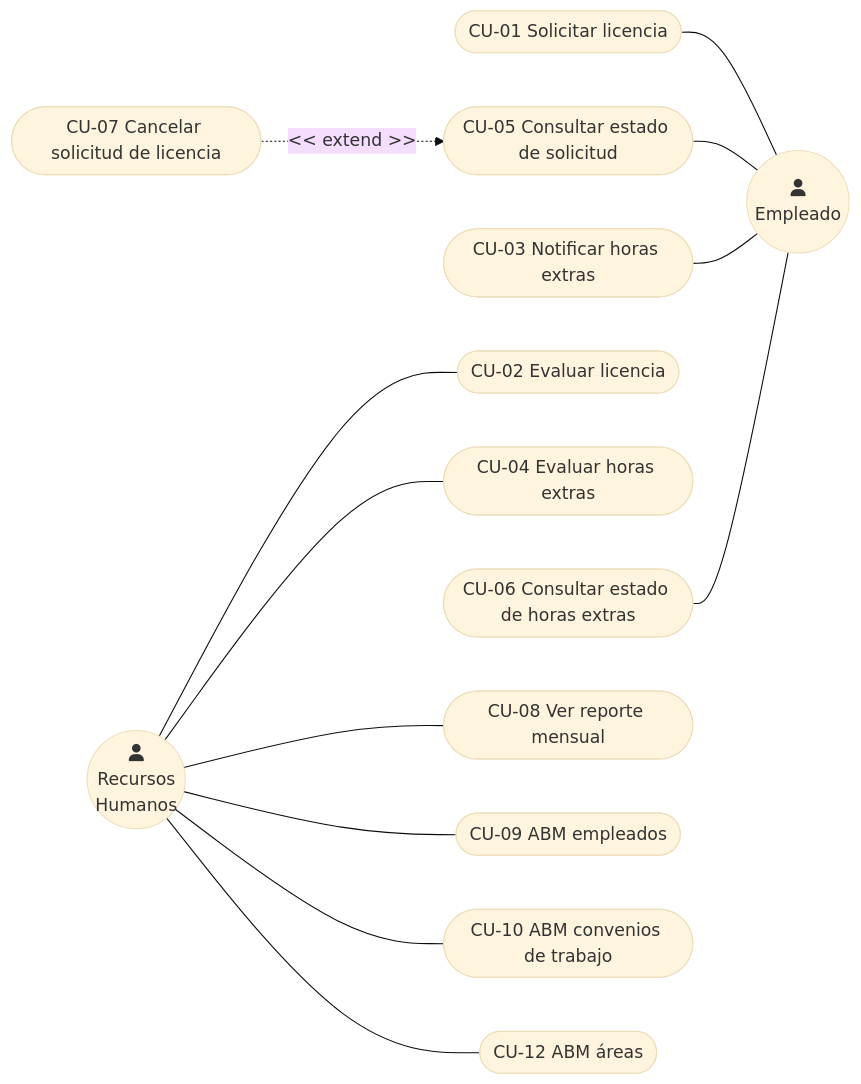
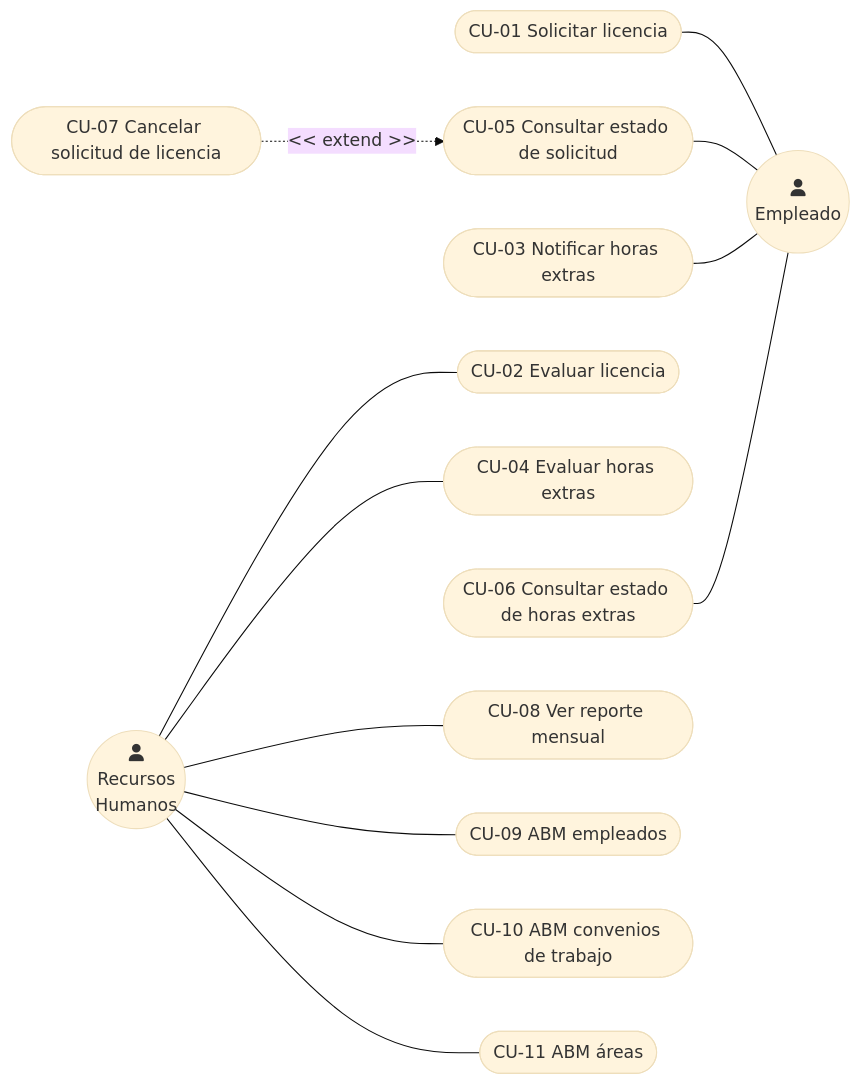
One commit to martinstanicio/humanresourcesdelta changed the diagram in docs/casos-de-uso.md. Above: the diagram before and after it, drawn with Mermaid (base theme). The commit also changed other lines of this file, not shown here.

Commit message:
Actualizar casos-de-uso.md

````diff
--- a/docs/casos-de-uso.md
+++ b/docs/casos-de-uso.md
@@ -18,33 +18,33 @@
 ```mermaid
 flowchart LR
     Empleado(("fa:fa-user\nEmpleado "))
     RRHH(("fa:fa-user\nRecursos \nHumanos "))
 
     CU-01(["CU-01 Solicitar licencia"])
     CU-02(["CU-02 Evaluar licencia"])
     CU-03(["CU-03 Notificar horas extras"])
     CU-04(["CU-04 Evaluar horas extras"])
     CU-05(["CU-05 Consultar estado de solicitud"])
     CU-06(["CU-06 Consultar estado de horas extras"])
     CU-07(["CU-07 Cancelar solicitud de licencia"])
     CU-08(["CU-08 Ver reporte mensual"])
     CU-09(["CU-09 ABM empleados"])
     CU-10(["CU-10 ABM convenios de trabajo"])
-    CU-12(["CU-12 ABM áreas"])
+    CU-11(["CU-11 ABM áreas"])
     
 
 
     CU-01 --- Empleado
     CU-03 --- Empleado
     CU-05 --- Empleado
     CU-06 --- Empleado
 
     RRHH --- CU-02
     RRHH --- CU-04
     RRHH --- CU-08
     RRHH --- CU-09
     RRHH --- CU-10
-    RRHH --- CU-12
+    RRHH --- CU-11
 
     CU-07 -. "<< extend >>" .-> CU-05
 ```
````
